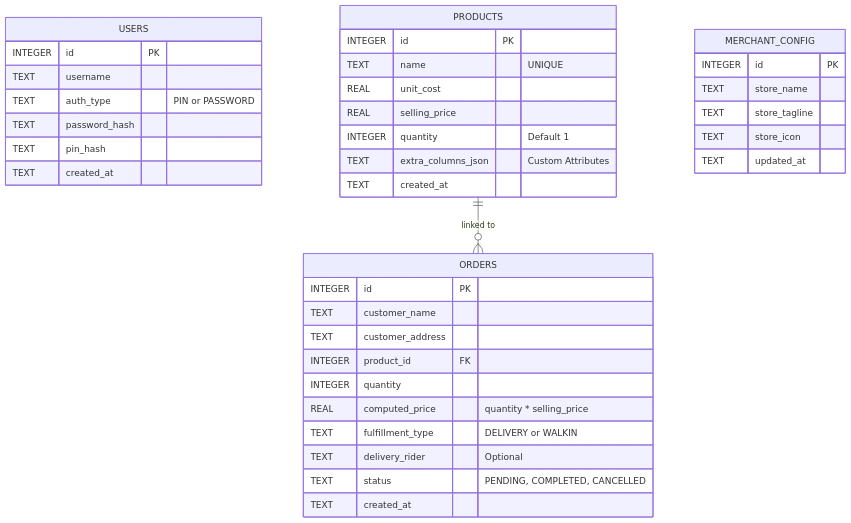
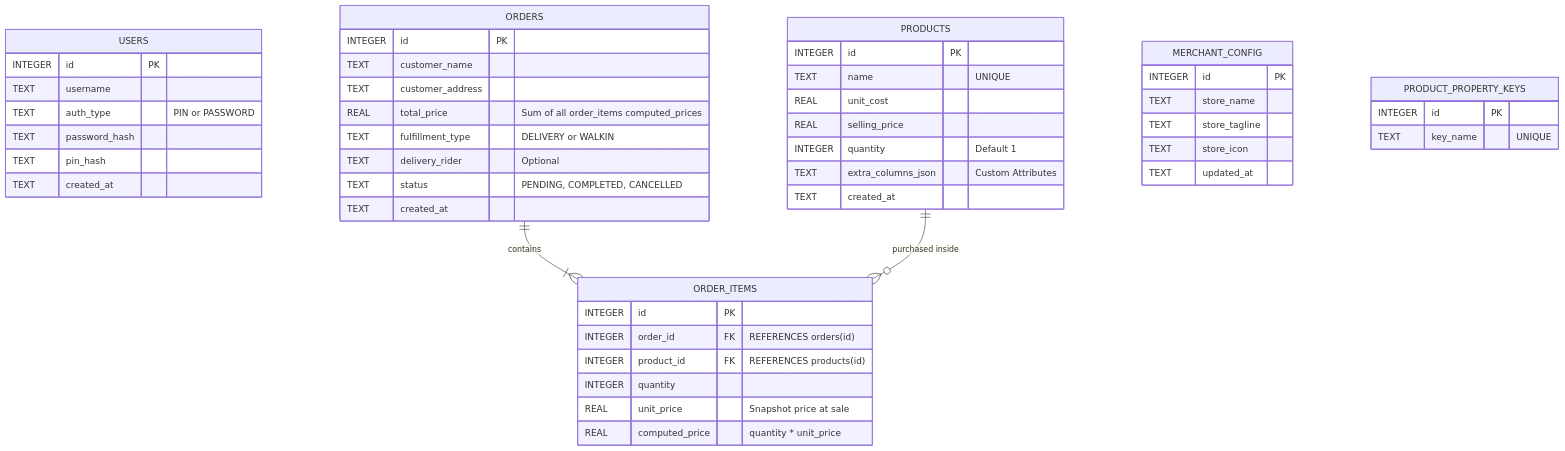
Before and after one commit to eiflow3/project-2: the diagram in docs/database_schema.md, drawn with Mermaid. The commit also changed other lines of this file and 23 other files, not shown here.

First line of the commit message:
feat: implement dynamic property key suggestions lookup table and dynamic category tabs for checkout flow

````diff
--- a/docs/database_schema.md
+++ b/docs/database_schema.md
@@ -15,41 +17,52 @@
 ```mermaid
 erDiagram
     USERS {
         INTEGER id PK
         TEXT username
         TEXT auth_type "PIN or PASSWORD"
         TEXT password_hash
         TEXT pin_hash
         TEXT created_at
     }
     PRODUCTS {
         INTEGER id PK
         TEXT name "UNIQUE"
         REAL unit_cost
         REAL selling_price
         INTEGER quantity "Default 1"
         TEXT extra_columns_json "Custom Attributes"
         TEXT created_at
     }
     ORDERS {
         INTEGER id PK
         TEXT customer_name
         TEXT customer_address
-        INTEGER product_id FK
-        INTEGER quantity
-        REAL computed_price "quantity * selling_price"
+        REAL total_price "Sum of all order_items computed_prices"
         TEXT fulfillment_type "DELIVERY or WALKIN"
         TEXT delivery_rider "Optional"
         TEXT status "PENDING, COMPLETED, CANCELLED"
         TEXT created_at
+    }
+    ORDER_ITEMS {
+        INTEGER id PK
+        INTEGER order_id FK "REFERENCES orders(id)"
+        INTEGER product_id FK "REFERENCES products(id)"
+        INTEGER quantity
+        REAL unit_price "Snapshot price at sale"
+        REAL computed_price "quantity * unit_price"
     }
     MERCHANT_CONFIG {
         INTEGER id PK
         TEXT store_name
         TEXT store_tagline
         TEXT store_icon
         TEXT updated_at
     }
+    PRODUCT_PROPERTY_KEYS {
+        INTEGER id PK
+        TEXT key_name "UNIQUE"
+    }
 
-    PRODUCTS ||--o{ ORDERS : "linked to"
+    ORDERS ||--|{ ORDER_ITEMS : "contains"
+    PRODUCTS ||--o{ ORDER_ITEMS : "purchased inside"
 ```
````
